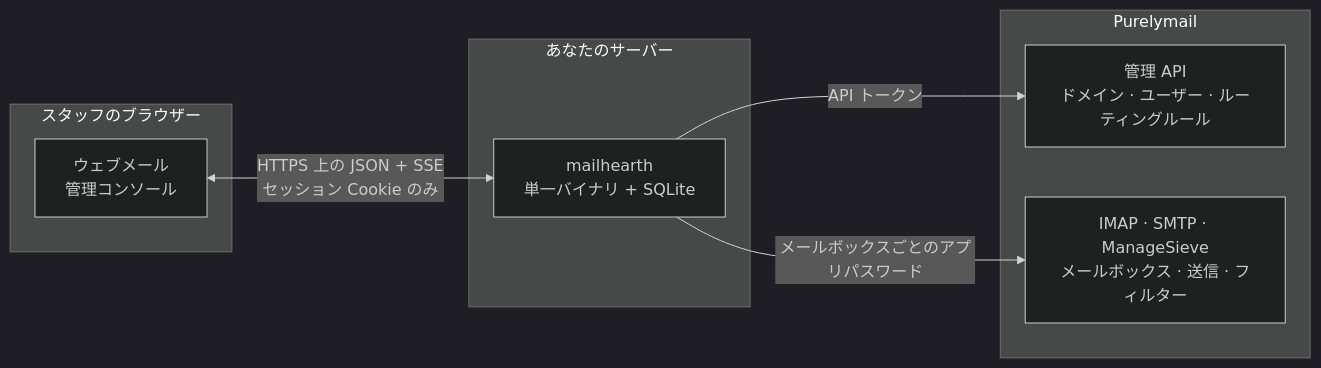
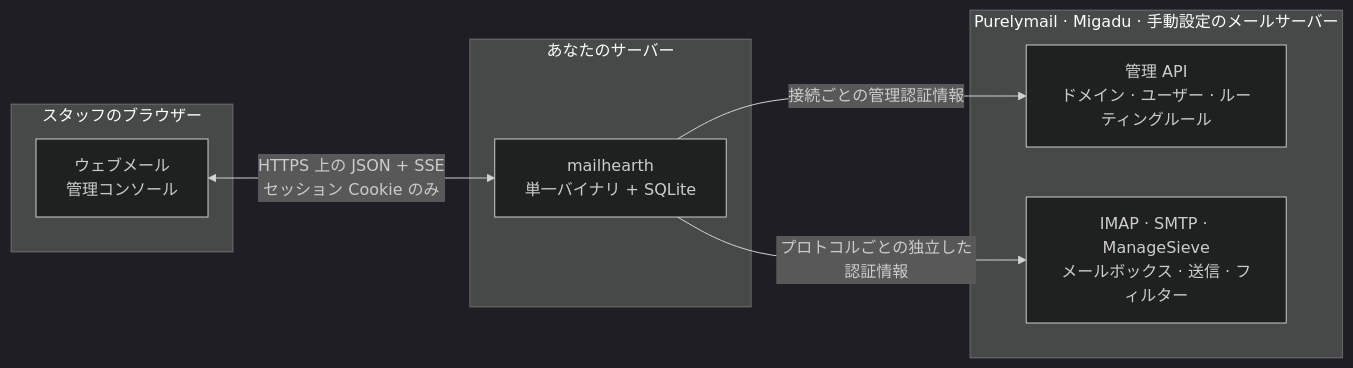
The diagram in README.ja.md (yll682/Mailhearth), drawn with Mermaid (dark theme) before and after one commit. The commit also changed other lines of this file and 184 other files, not shown here.

````diff
--- a/README.ja.md
+++ b/README.ja.md
@@ -16,17 +15,17 @@
 ```mermaid
 flowchart LR
     subgraph browser["スタッフのブラウザー"]
         SPA["ウェブメール<br/>管理コンソール"]
     end
     subgraph host["あなたのサーバー"]
         APP["mailhearth<br/>単一バイナリ + SQLite"]
     end
-    subgraph pm["Purelymail"]
+    subgraph pm["Purelymail · Migadu · 手動設定のメールサーバー"]
         API["管理 API<br/>ドメイン · ユーザー · ルーティングルール"]
         MAIL["IMAP · SMTP · ManageSieve<br/>メールボックス · 送信 · フィルター"]
     end
 
     SPA <-->|"HTTPS 上の JSON + SSE<br/>セッション Cookie のみ"| APP
-    APP -->|"API トークン"| API
-    APP -->|"メールボックスごとのアプリパスワード"| MAIL
+    APP -->|"接続ごとの管理認証情報"| API
+    APP -->|"プロトコルごとの独立した認証情報"| MAIL
 ```
````
